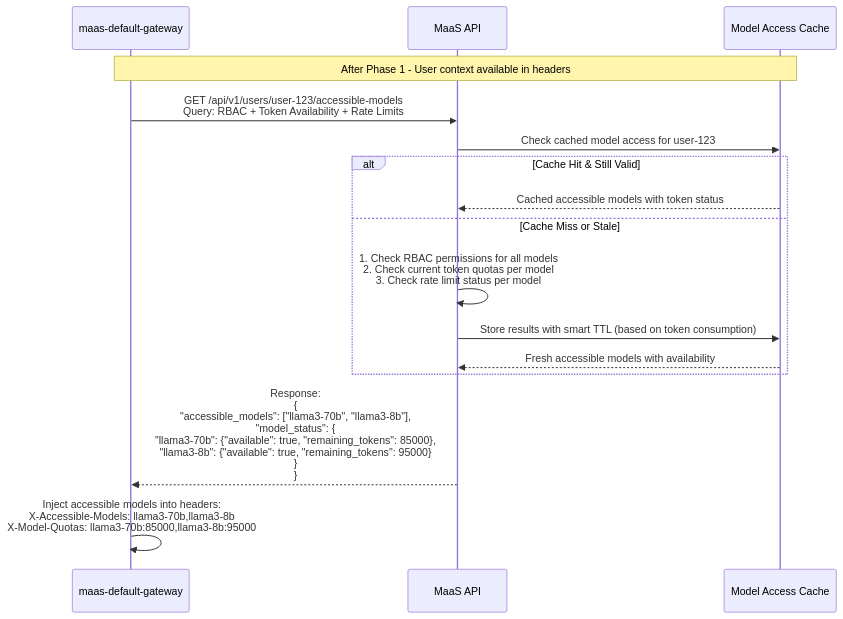
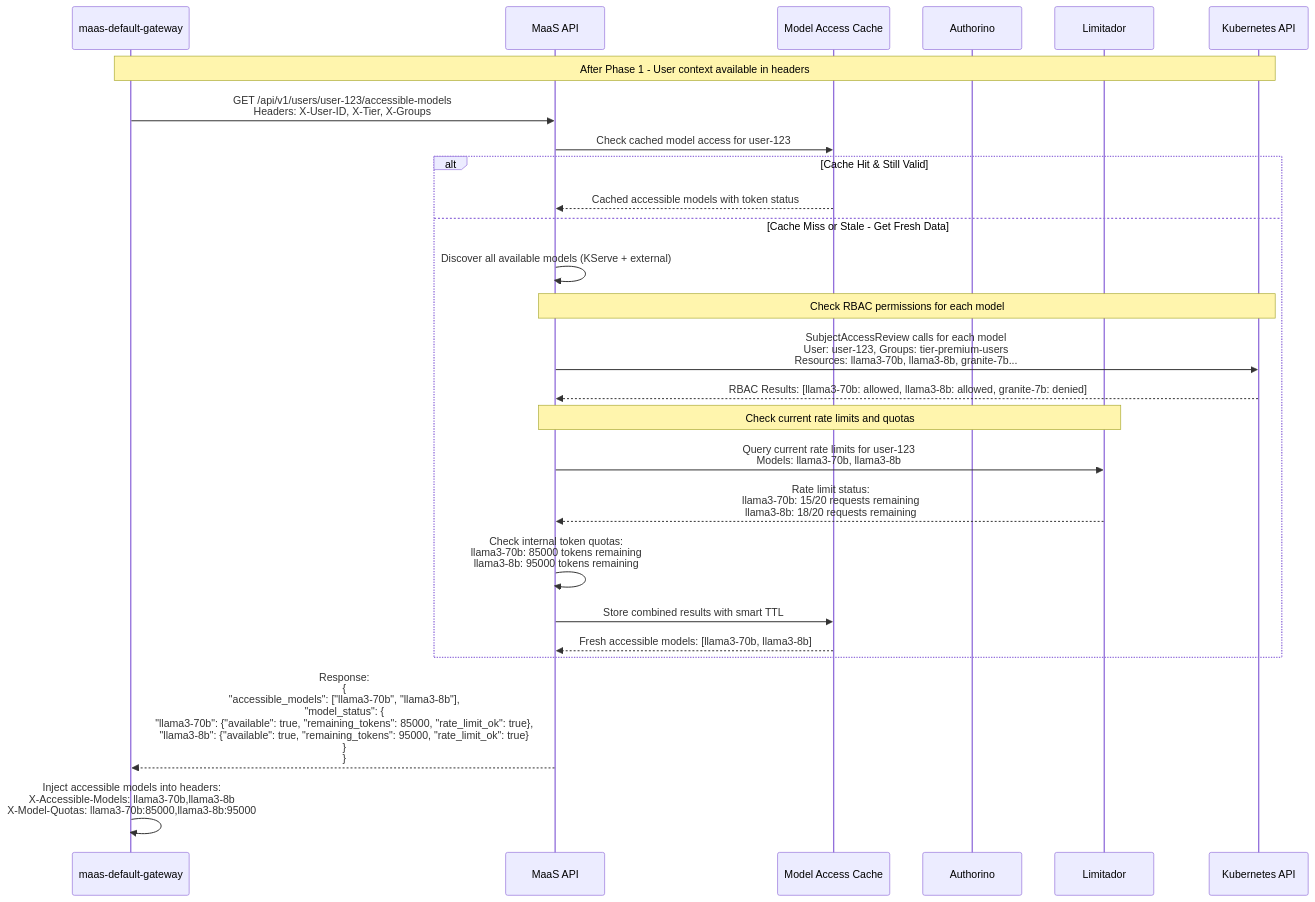
One commit to noyitz/maas-billing changed the sixth of 10 diagrams in docs/designs/vSR-Integration/README.md. Above: the diagram before and after it, drawn with Mermaid. The commit also changed other lines of this file, not shown here.

````diff
--- a/docs/designs/vSR-Integration/README.md
+++ b/docs/designs/vSR-Integration/README.md
@@ -294,23 +294,37 @@
 ```mermaid
 sequenceDiagram
     participant Gateway as maas-default-gateway
     participant MaaSAPI as MaaS API
     participant Cache as Model Access Cache
+    participant Authorino
+    participant Limitador
+    participant K8sAPI as Kubernetes API
     
-    Note over Gateway,Cache: After Phase 1 - User context available in headers
-    Gateway->>MaaSAPI: GET /api/v1/users/user-123/accessible-models<br/>Query: RBAC + Token Availability + Rate Limits
+    Note over Gateway,K8sAPI: After Phase 1 - User context available in headers
+    Gateway->>MaaSAPI: GET /api/v1/users/user-123/accessible-models<br/>Headers: X-User-ID, X-Tier, X-Groups
     
     MaaSAPI->>Cache: Check cached model access for user-123
     
     alt Cache Hit & Still Valid
         Cache-->>MaaSAPI: Cached accessible models with token status
-    else Cache Miss or Stale
-        MaaSAPI->>MaaSAPI: 1. Check RBAC permissions for all models<br/>2. Check current token quotas per model<br/>3. Check rate limit status per model
-        MaaSAPI->>Cache: Store results with smart TTL (based on token consumption)
-        Cache-->>MaaSAPI: Fresh accessible models with availability
+    else Cache Miss or Stale - Get Fresh Data
+        MaaSAPI->>MaaSAPI: Discover all available models (KServe + external)
+        
+        Note over MaaSAPI,K8sAPI: Check RBAC permissions for each model
+        MaaSAPI->>K8sAPI: SubjectAccessReview calls for each model<br/>User: user-123, Groups: tier-premium-users<br/>Resources: llama3-70b, llama3-8b, granite-7b...
+        K8sAPI-->>MaaSAPI: RBAC Results: [llama3-70b: allowed, llama3-8b: allowed, granite-7b: denied]
+        
+        Note over MaaSAPI,Limitador: Check current rate limits and quotas
+        MaaSAPI->>Limitador: Query current rate limits for user-123<br/>Models: llama3-70b, llama3-8b
+        Limitador-->>MaaSAPI: Rate limit status:<br/>llama3-70b: 15/20 requests remaining<br/>llama3-8b: 18/20 requests remaining
+        
+        MaaSAPI->>MaaSAPI: Check internal token quotas:<br/>llama3-70b: 85000 tokens remaining<br/>llama3-8b: 95000 tokens remaining
+        
+        MaaSAPI->>Cache: Store combined results with smart TTL
+        Cache-->>MaaSAPI: Fresh accessible models: [llama3-70b, llama3-8b]
     end
     
-    MaaSAPI-->>Gateway: Response:<br/>{<br/>"accessible_models": ["llama3-70b", "llama3-8b"],<br/>"model_status": {<br/>"llama3-70b": {"available": true, "remaining_tokens": 85000},<br/>"llama3-8b": {"available": true, "remaining_tokens": 95000}<br/>}<br/>}
+    MaaSAPI-->>Gateway: Response:<br/>{<br/>"accessible_models": ["llama3-70b", "llama3-8b"],<br/>"model_status": {<br/>"llama3-70b": {"available": true, "remaining_tokens": 85000, "rate_limit_ok": true},<br/>"llama3-8b": {"available": true, "remaining_tokens": 95000, "rate_limit_ok": true}<br/>}<br/>}
     
     Gateway->>Gateway: Inject accessible models into headers:<br/>X-Accessible-Models: llama3-70b,llama3-8b<br/>X-Model-Quotas: llama3-70b:85000,llama3-8b:95000
 ```
````
